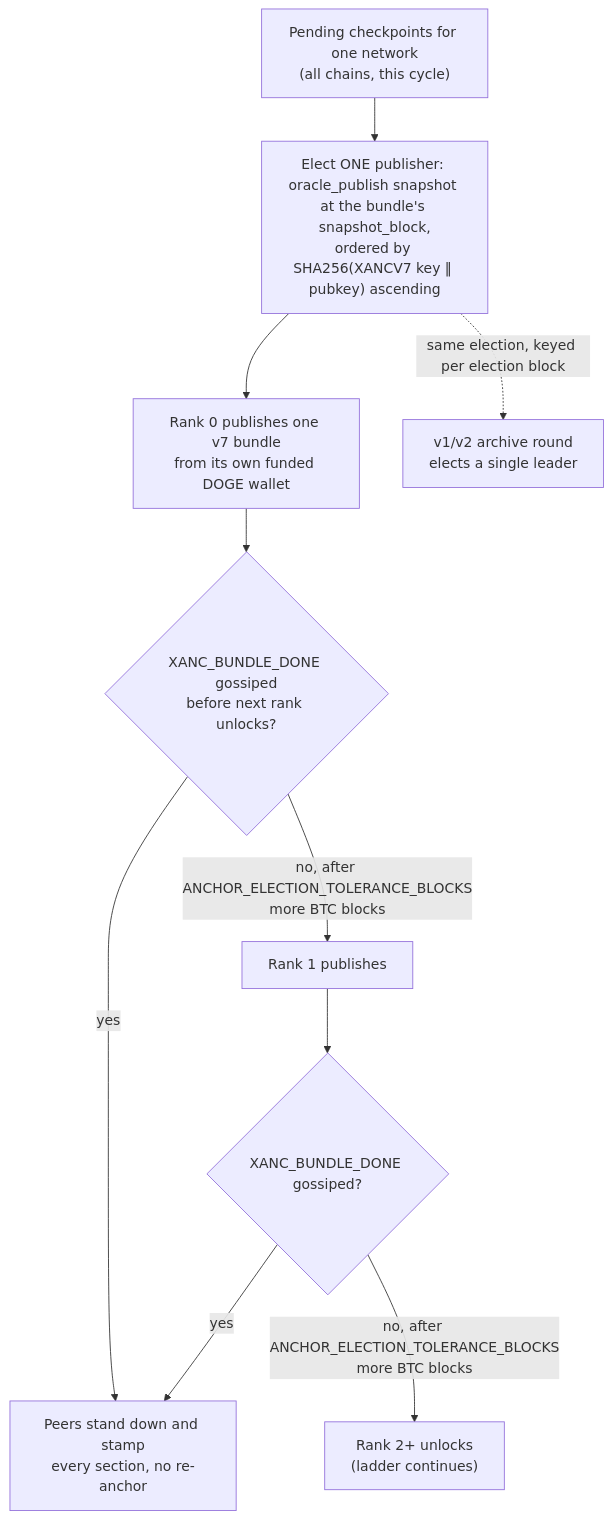
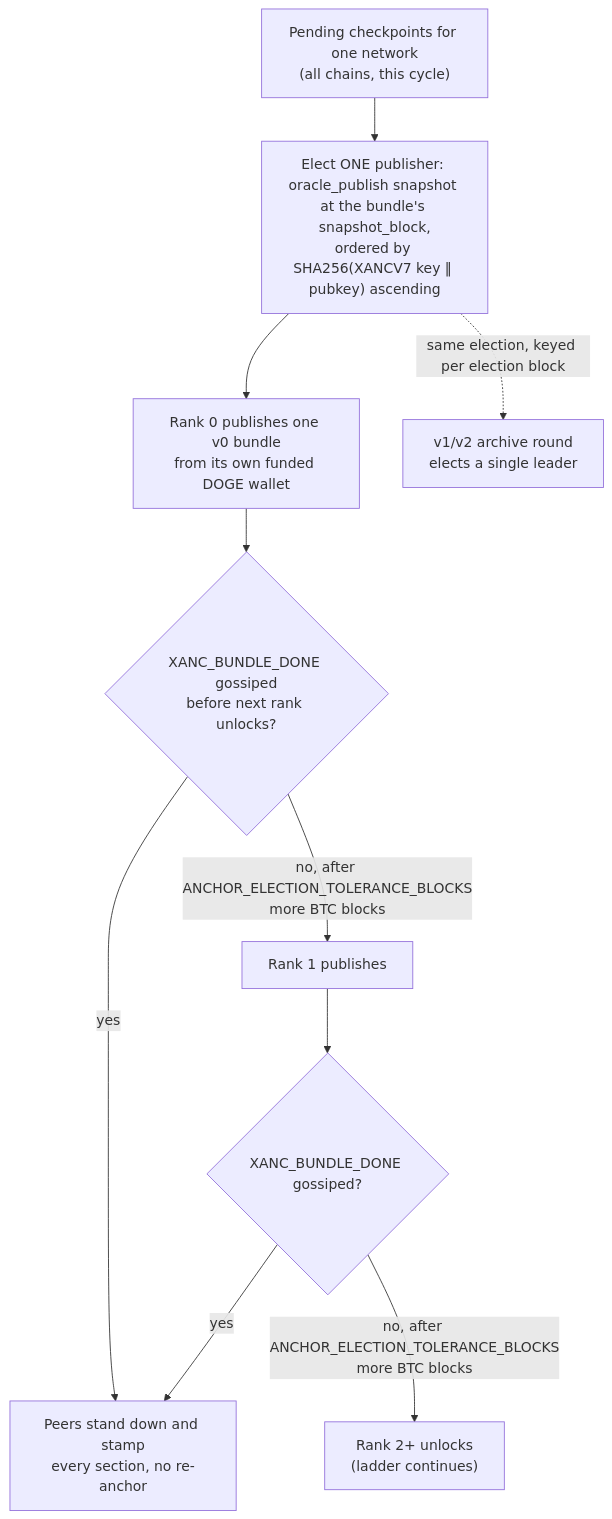
One commit to XChain-Platform/xchain-documentation changed the second of 3 diagrams in protocol/actions/anchor.md. Above: the diagram before and after it, drawn with Mermaid. The commit also changed other lines of this file and 10 other files, not shown here.

````diff
--- a/protocol/actions/anchor.md
+++ b/protocol/actions/anchor.md
@@ -409,12 +439,12 @@
 ```mermaid
 flowchart TD
     A["Pending checkpoints for one network<br>(all chains, this cycle)"] --> B["Elect ONE publisher: oracle_publish snapshot at the bundle's snapshot_block,<br>ordered by SHA256(XANCV7 key ‖ pubkey) ascending"]
-    B --> C["Rank 0 publishes one v7 bundle<br>from its own funded DOGE wallet"]
+    B --> C["Rank 0 publishes one v0 bundle<br>from its own funded DOGE wallet"]
     B -.->|"same election, keyed per election block"| I["v1/v2 archive round<br>elects a single leader"]
     C --> D{"XANC_BUNDLE_DONE gossiped<br>before next rank unlocks?"}
     D -->|"yes"| E["Peers stand down and stamp<br>every section, no re-anchor"]
     D -->|"no, after ANCHOR_ELECTION_TOLERANCE_BLOCKS<br>more BTC blocks"| F["Rank 1 publishes"]
     F --> G{"XANC_BUNDLE_DONE gossiped?"}
     G -->|"yes"| E
     G -->|"no, after ANCHOR_ELECTION_TOLERANCE_BLOCKS<br>more BTC blocks"| H["Rank 2+ unlocks<br>(ladder continues)"]
 ```
````
